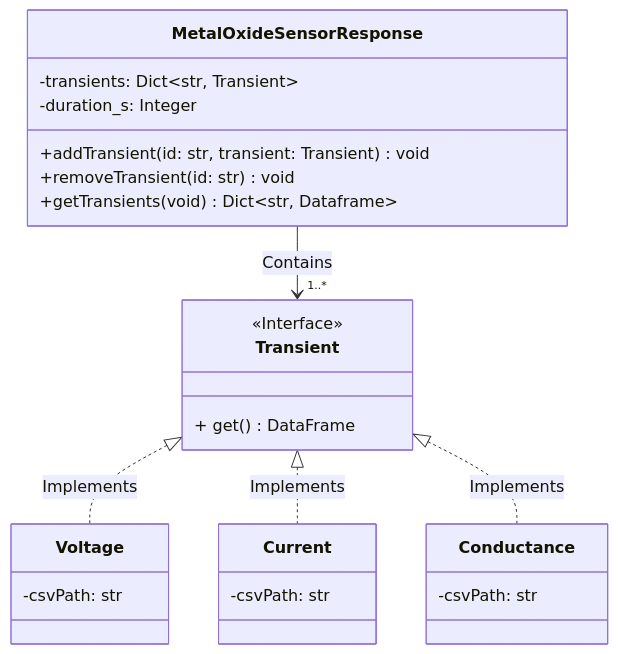
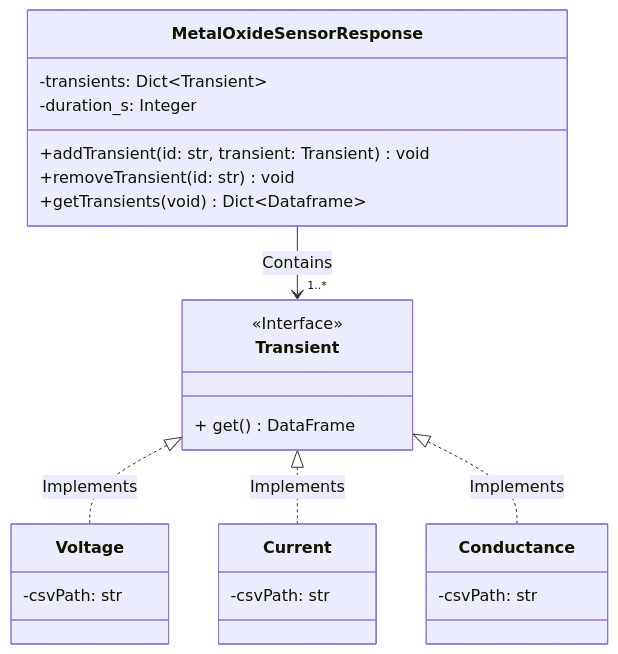
Before and after one commit to aungkhantmaw64/EnoseDataAnalysis: the first of 2 diagrams in README.md, drawn with Mermaid. The commit also changed other lines of this file, not shown here.

Commit message:
Fix missing texts in UML diagrams

````diff
--- a/README.md
+++ b/README.md
@@ -8,28 +8,28 @@
 ```mermaid
 classDiagram
     MetalOxideSensorResponse --> "1..*" Transient: Contains
     Transient <|.. Voltage: Implements
     Transient <|.. Current: Implements
     Transient <|.. Conductance: Implements
 
     class MetalOxideSensorResponse{
-        -transients: Dict~str, Transient~
+        -transients: Dict~Transient~
         -duration_s: Integer
         +addTransient(id: str, transient: Transient) void
         +removeTransient(id: str) void
-        +getTransients(void) Dict~str, Dataframe~
+        +getTransients(void) Dict~Dataframe~
     }
     class Transient{
         <<Interface>>
         + get() DataFrame
     }
     class Voltage{
         -csvPath: str
     }
     class Current{
         -csvPath: str
     }
     class Conductance{
         -csvPath: str
     }
 ```
````
